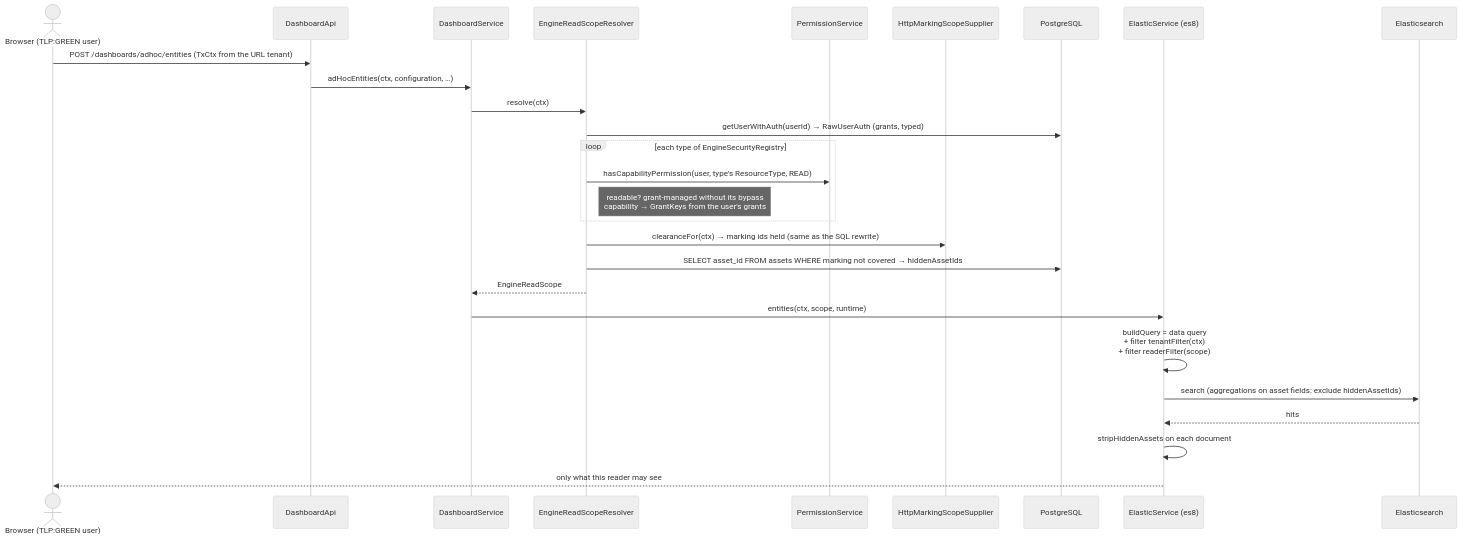
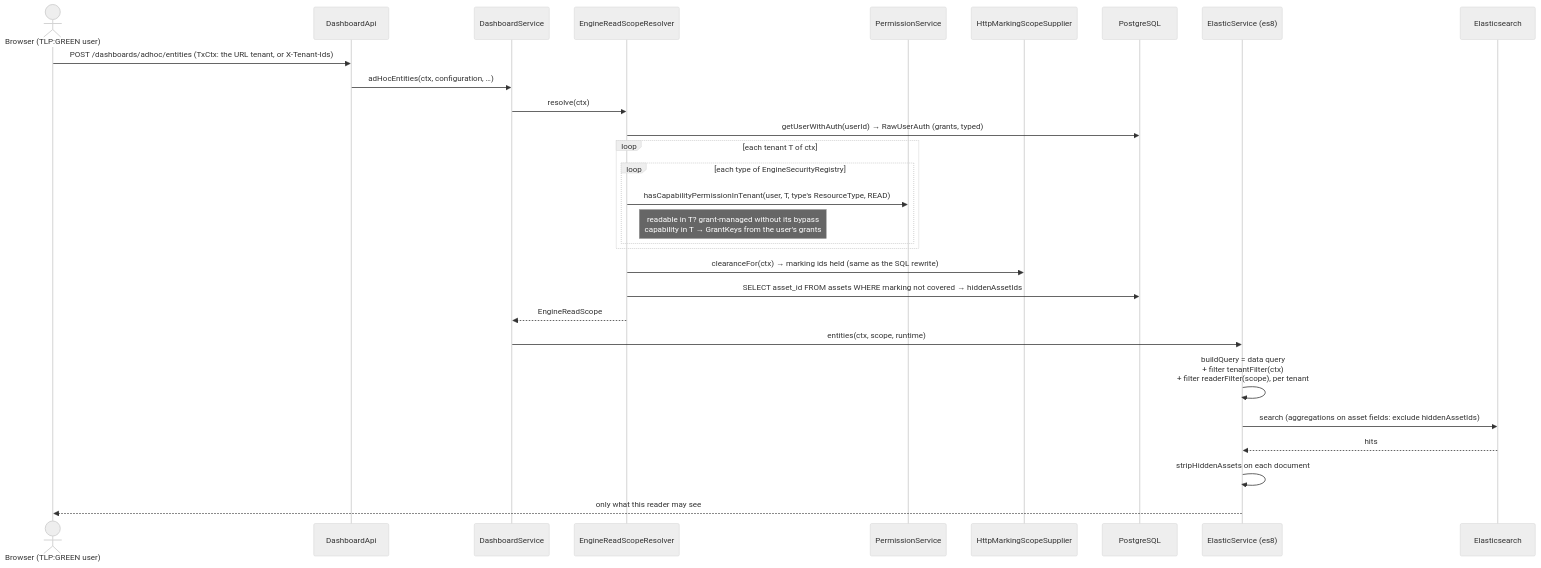
One commit to OpenBAS-Platform/openbas changed the second of 2 diagrams in brainstorming/marking/task4/tech-design-dashboard.md. Above: the diagram before and after it, drawn with Mermaid (neutral theme). The commit also changed other lines of this file and 12 other files, not shown here.

````diff
--- a/brainstorming/marking/task4/tech-design-dashboard.md
+++ b/brainstorming/marking/task4/tech-design-dashboard.md
@@ -436,30 +500,32 @@
 ```mermaid
 sequenceDiagram
     actor B as Browser (TLP:GREEN user)
     participant API as DashboardApi
     participant DS as DashboardService
     participant R as EngineReadScopeResolver
     participant PS as PermissionService
     participant MS as HttpMarkingScopeSupplier
     participant DB as PostgreSQL
     participant ENG as ElasticService (es8)
     participant ES as Elasticsearch
 
-    B->>API: POST /dashboards/adhoc/entities (TxCtx from the URL tenant)
+    B->>API: POST /dashboards/adhoc/entities (TxCtx: the URL tenant, or X-Tenant-Ids)
     API->>DS: adHocEntities(ctx, configuration, …)
     DS->>R: resolve(ctx)
     R->>DB: getUserWithAuth(userId) → RawUserAuth (grants, typed)
-    loop each type of EngineSecurityRegistry
-        R->>PS: hasCapabilityPermission(user, type's ResourceType, READ)
-        Note right of R: readable? grant-managed without its bypass<br/>capability → GrantKeys from the user's grants
+    loop each tenant T of ctx
+        loop each type of EngineSecurityRegistry
+            R->>PS: hasCapabilityPermissionInTenant(user, T, type's ResourceType, READ)
+            Note right of R: readable in T? grant-managed without its bypass<br/>capability in T → GrantKeys from the user's grants
+        end
     end
     R->>MS: clearanceFor(ctx) → marking ids held (same as the SQL rewrite)
     R->>DB: SELECT asset_id FROM assets WHERE marking not covered → hiddenAssetIds
     R-->>DS: EngineReadScope
     DS->>ENG: entities(ctx, scope, runtime)
-    ENG->>ENG: buildQuery = data query<br/>+ filter tenantFilter(ctx)<br/>+ filter readerFilter(scope)
+    ENG->>ENG: buildQuery = data query<br/>+ filter tenantFilter(ctx)<br/>+ filter readerFilter(scope), per tenant
     ENG->>ES: search (aggregations on asset fields: exclude hiddenAssetIds)
     ES-->>ENG: hits
     ENG->>ENG: stripHiddenAssets on each document
     ENG-->>B: only what this reader may see
 ```
````
